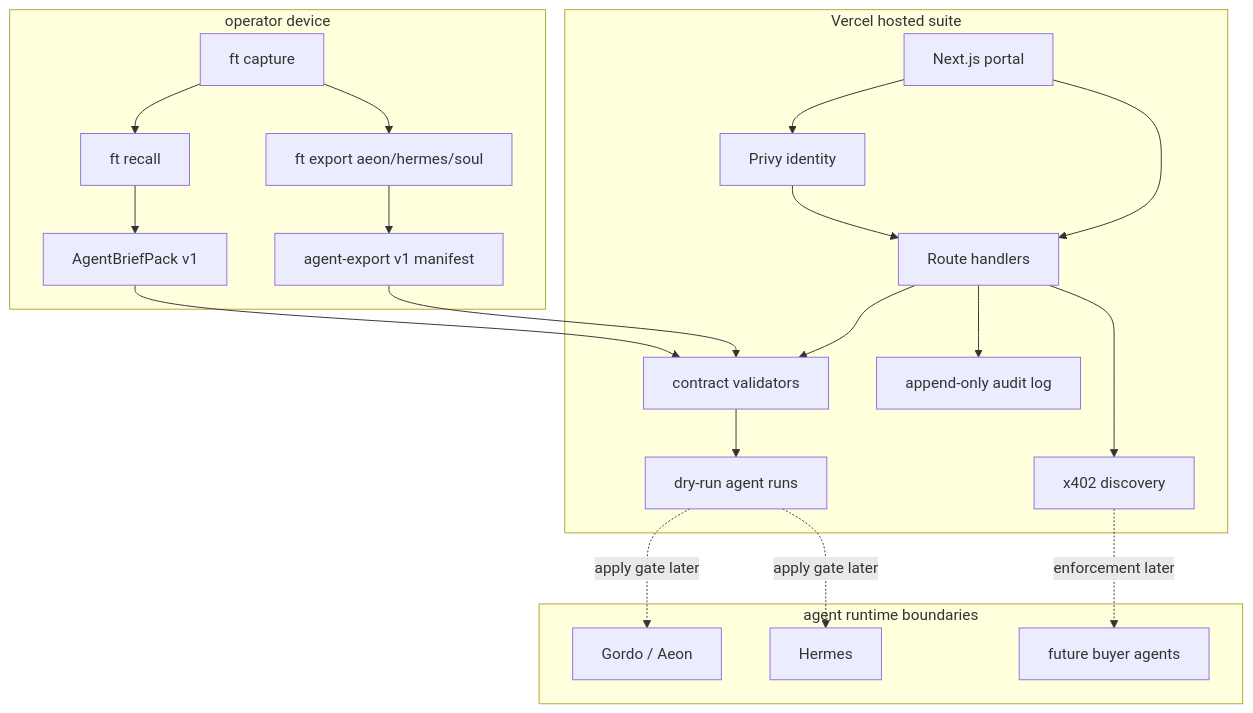
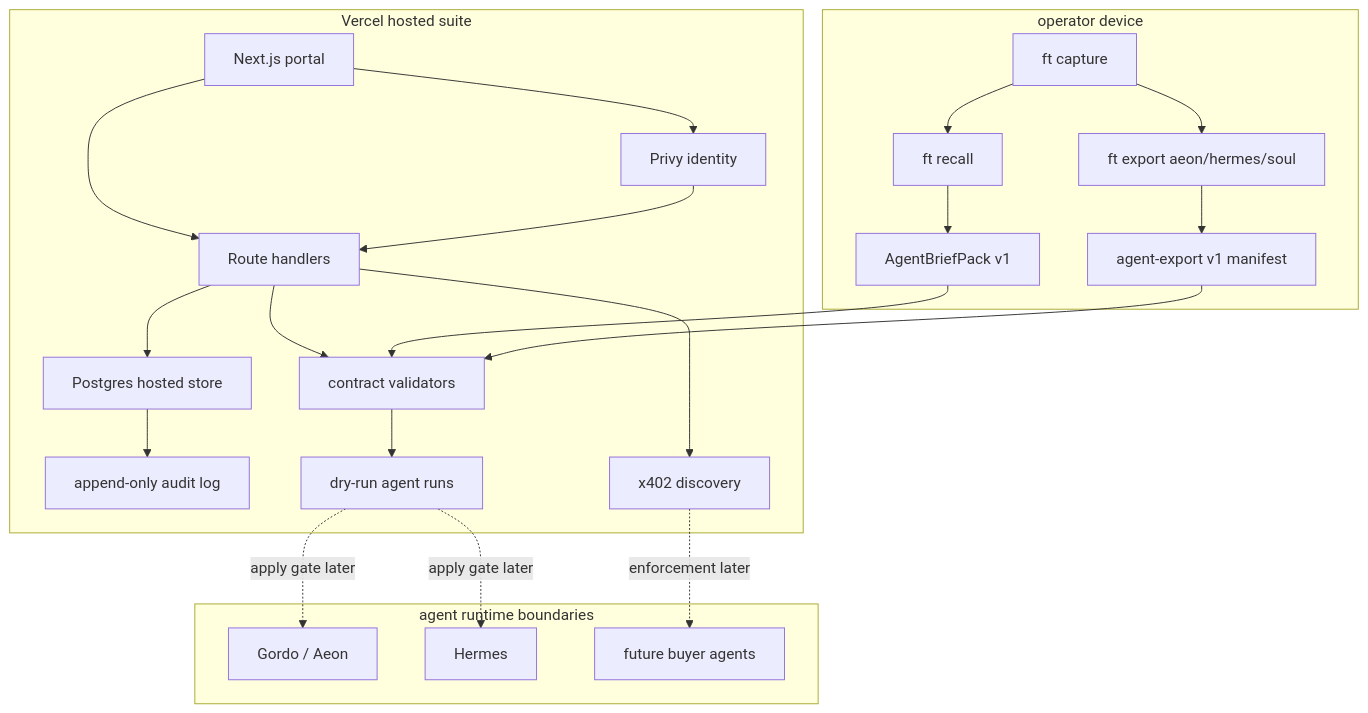
One commit to chipoto69/fieldtheory changed the first of 3 diagrams in docs/architecture/hosted-agentic-suite.md. Above: the diagram before and after it, drawn with Mermaid. The commit also changed other lines of this file and 33 other files, not shown here.

Commit message:
feat(hosted): add durable portal store

````diff
--- a/docs/architecture/hosted-agentic-suite.md
+++ b/docs/architecture/hosted-agentic-suite.md
@@ -30,36 +30,37 @@
 ```mermaid
 flowchart TB
   subgraph Local["operator device"]
     Capture["ft capture"] --> Recall["ft recall"]
     Recall --> Pack["AgentBriefPack v1"]
     Capture --> Export["ft export aeon/hermes/soul"]
     Export --> Manifest["agent-export v1 manifest"]
   end
 
   subgraph Hosted["Vercel hosted suite"]
     Portal["Next.js portal"] --> Auth["Privy identity"]
     Portal --> Api["Route handlers"]
     Api --> Validator["contract validators"]
-    Api --> Audit["append-only audit log"]
+    Api --> Store["Postgres hosted store"]
+    Store --> Audit["append-only audit log"]
     Validator --> Runs["dry-run agent runs"]
     Api --> X402Discovery["x402 discovery"]
   end
 
   subgraph Agents["agent runtime boundaries"]
     Gordo["Gordo / Aeon"]
     Hermes["Hermes"]
     Buyers["future buyer agents"]
   end
 
   Pack --> Validator
   Manifest --> Validator
   Auth --> Api
   Runs -. "apply gate later" .-> Gordo
   Runs -. "apply gate later" .-> Hermes
   X402Discovery -. "enforcement later" .-> Buyers
 
   classDef local fill:#dcfce7,stroke:#16a34a,color:#111827;
   classDef hosted fill:#dbeafe,stroke:#2563eb,color:#111827;
   classDef auth fill:#fee2e2,stroke:#dc2626,color:#111827;
   classDef agent fill:#fce7f3,stroke:#db2777,color:#111827;
 ```
````
